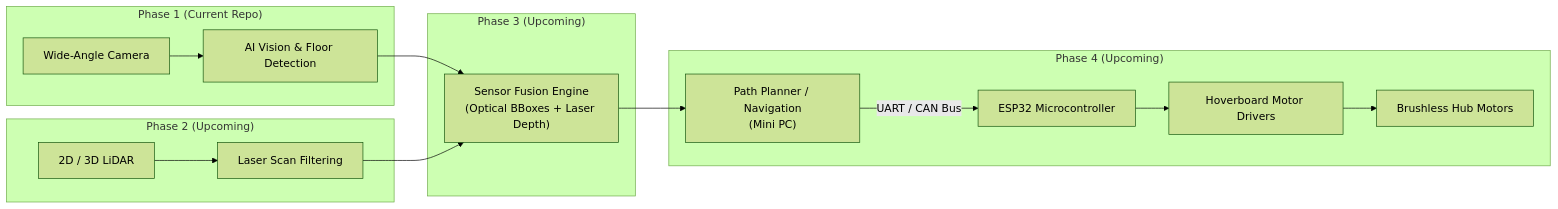
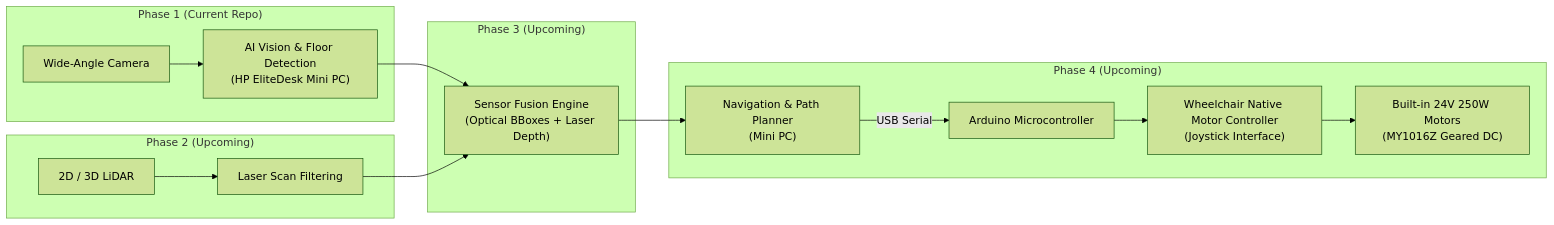
Before and after one commit to khairycse404/smart-wheelchair: the first of 2 diagrams in README.md, drawn with Mermaid (forest theme). The commit also changed other lines of this file, not shown here.

Commit message:
Update README: Specify Arduino microcontroller and complete electric wheelchair with factory 24V 250W motors and joystick interface

````diff
--- a/README.md
+++ b/README.md
@@ -36,22 +49,22 @@
 ```mermaid
 flowchart LR
     subgraph S1 ["Phase 1 (Current Repo)"]
-        CAM["Wide-Angle Camera"] --> AI["AI Vision & Floor Detection"]
+        CAM["Wide-Angle Camera"] --> AI["AI Vision & Floor Detection\n(HP EliteDesk Mini PC)"]
     end
 
     subgraph S2 ["Phase 2 (Upcoming)"]
         LIDAR["2D / 3D LiDAR"] --> LSCAN["Laser Scan Filtering"]
     end
 
     subgraph S3 ["Phase 3 (Upcoming)"]
         AI --> FUSION["Sensor Fusion Engine\n(Optical BBoxes + Laser Depth)"]
         LSCAN --> FUSION
     end
 
     subgraph S4 ["Phase 4 (Upcoming)"]
-        FUSION --> PLAN["Path Planner / Navigation\n(Mini PC)"]
-        PLAN -->|UART / CAN Bus| MCU["ESP32 Microcontroller"]
-        MCU --> DRV["Hoverboard Motor Drivers"]
-        DRV --> MOT["Brushless Hub Motors"]
+        FUSION --> PLAN["Navigation & Path Planner\n(Mini PC)"]
+        PLAN -->|USB Serial| ARD["Arduino Microcontroller"]
+        ARD --> CTRL["Wheelchair Native Motor Controller\n(Joystick Interface)"]
+        CTRL --> MOT["Built-in 24V 250W Motors\n(MY1016Z Geared DC)"]
     end
 ```
````
